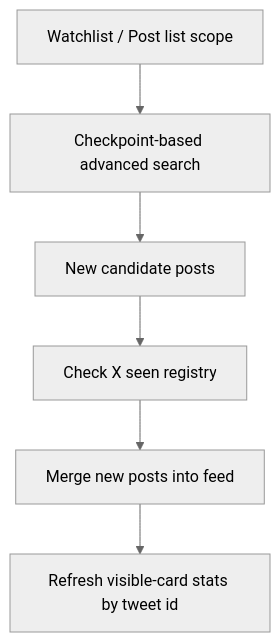
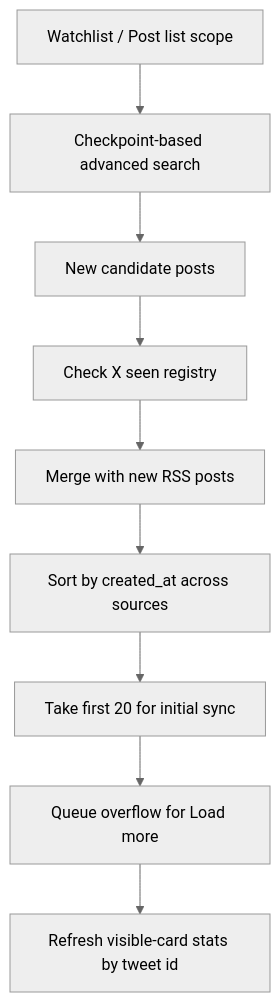
Before and after one commit to thefogusz/test: the second of 2 diagrams in docs/architecture/feed-search.md, drawn with Mermaid (neutral theme). The commit also changed other lines of this file and 1 other file, not shown here.

Commit message:
Document mixed X and RSS feed sync behavior

````diff
--- a/docs/architecture/feed-search.md
+++ b/docs/architecture/feed-search.md
@@ -26,8 +32,11 @@
 ```mermaid
 flowchart TD
   A["Watchlist / Post list scope"] --> B["Checkpoint-based advanced search"]
   B --> C["New candidate posts"]
   C --> D["Check X seen registry"]
-  D --> E["Merge new posts into feed"]
-  E --> F["Refresh visible-card stats by tweet id"]
+  D --> E["Merge with new RSS posts"]
+  E --> F["Sort by created_at across sources"]
+  F --> G["Take first 20 for initial sync"]
+  G --> H["Queue overflow for Load more"]
+  H --> I["Refresh visible-card stats by tweet id"]
 ```
````
